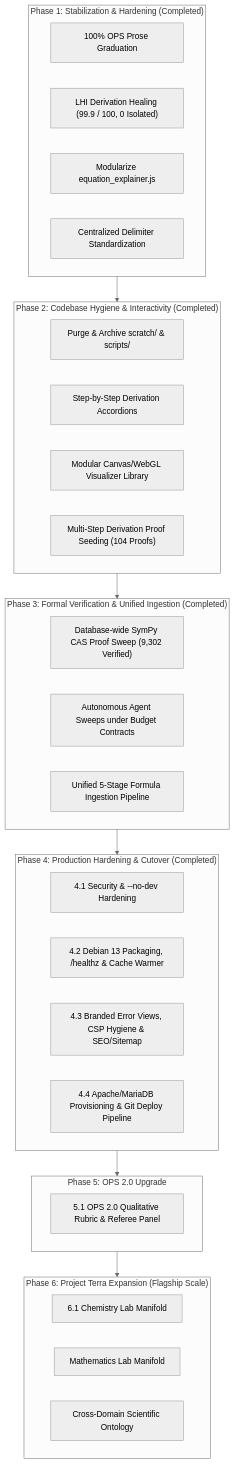
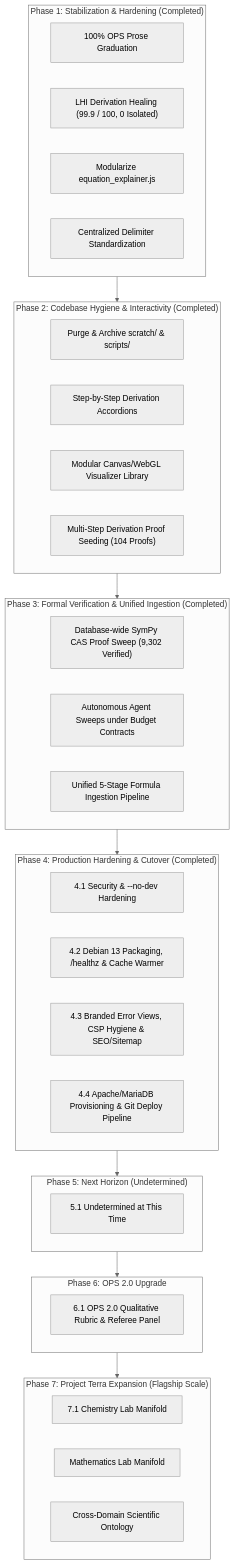
One commit to jholobetz/terra changed the diagram in docs/roadmap.md. Above: the diagram before and after it, drawn with Mermaid (neutral theme). The commit also changed other lines of this file and 3 other files, not shown here.

Commit message:
docs(roadmap): reserve blank Phase 5 slot and shift OPS 2.0 and Multi-Science to Phases 6-7

````diff
--- a/docs/roadmap.md
+++ b/docs/roadmap.md
@@ -28,45 +28,50 @@
 ```mermaid
 flowchart TD
     subgraph Phase1["Phase 1: Stabilization & Hardening (Completed)"]
         P1A["100% OPS Prose Graduation"]
         P1B["LHI Derivation Healing (99.9 / 100, 0 Isolated)"]
         P1C["Modularize equation_explainer.js"]
         P1D["Centralized Delimiter Standardization"]
     end
 
     subgraph Phase2["Phase 2: Codebase Hygiene & Interactivity (Completed)"]
         P2A["Purge & Archive scratch/ & scripts/"]
         P2B["Step-by-Step Derivation Accordions"]
         P2C["Modular Canvas/WebGL Visualizer Library"]
         P2D["Multi-Step Derivation Proof Seeding (104 Proofs)"]
     end
 
     subgraph Phase3["Phase 3: Formal Verification & Unified Ingestion (Completed)"]
         P3A["Database-wide SymPy CAS Proof Sweep (9,302 Verified)"]
         P3B["Autonomous Agent Sweeps under Budget Contracts"]
         P3C["Unified 5-Stage Formula Ingestion Pipeline"]
     end
 
     subgraph Phase4["Phase 4: Production Hardening & Cutover (Completed)"]
         P4A["4.1 Security & --no-dev Hardening"]
         P4B["4.2 Debian 13 Packaging, /healthz & Cache Warmer"]
         P4C["4.3 Branded Error Views, CSP Hygiene & SEO/Sitemap"]
         P4D["4.4 Apache/MariaDB Provisioning & Git Deploy Pipeline"]
     end
 
-    subgraph Phase5["Phase 5: OPS 2.0 Upgrade"]
-        P5A["5.1 OPS 2.0 Qualitative Rubric & Referee Panel"]
+    subgraph Phase5["Phase 5: Next Horizon (Undetermined)"]
+        P5A["5.1 Undetermined at This Time"]
     end
 
-    subgraph Phase6["Phase 6: Project Terra Expansion (Flagship Scale)"]
-        P6A["6.1 Chemistry Lab Manifold"]
-        P6B["Mathematics Lab Manifold"]
-        P6C["Cross-Domain Scientific Ontology"]
+    subgraph Phase6["Phase 6: OPS 2.0 Upgrade"]
+        P6A["6.1 OPS 2.0 Qualitative Rubric & Referee Panel"]
+    end
+
+    subgraph Phase7["Phase 7: Project Terra Expansion (Flagship Scale)"]
+        P7A["7.1 Chemistry Lab Manifold"]
+        P7B["Mathematics Lab Manifold"]
+        P7C["Cross-Domain Scientific Ontology"]
     end
 
     Phase1 --> Phase2
     Phase2 --> Phase3
     Phase3 --> Phase4
     Phase4 --> Phase5
     Phase5 --> Phase6
+    Phase6 --> Phase7
 ```
````
